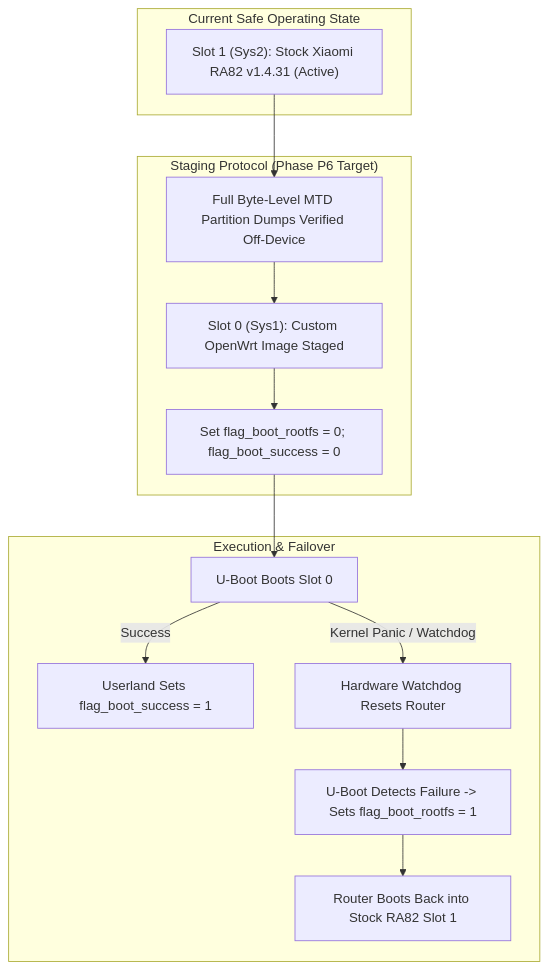
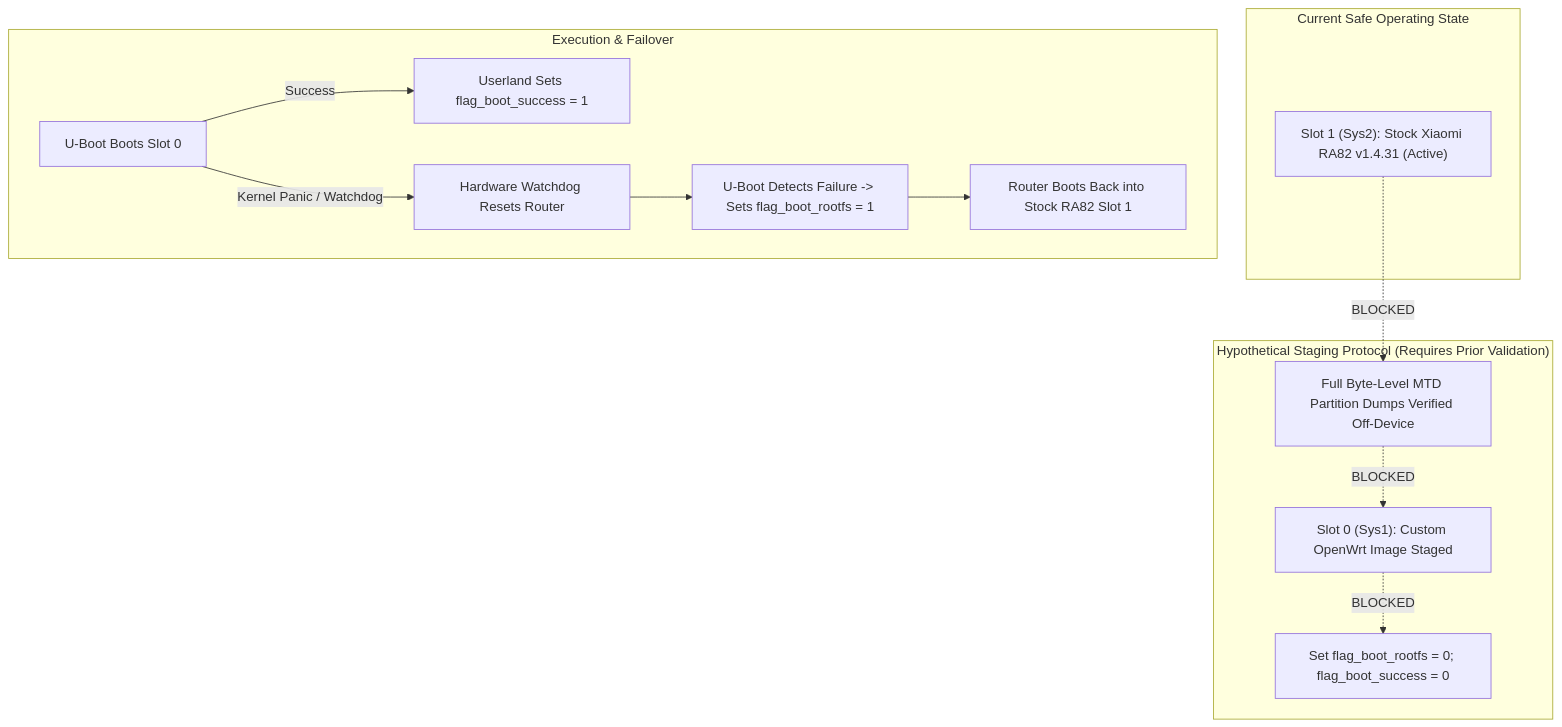
Before and after one commit to KiritoMainBro88/CR8808-CUSTOM-FIRMWARE: the second of 2 diagrams in docs/RECOVERY_AND_ROLLBACK_DESIGN.md, drawn with Mermaid. The commit also changed other lines of this file and 8 other files, not shown here.

````diff
--- a/docs/RECOVERY_AND_ROLLBACK_DESIGN.md
+++ b/docs/RECOVERY_AND_ROLLBACK_DESIGN.md
@@ -88,22 +90,22 @@
 ```mermaid
 flowchart TD
     subgraph "Current Safe Operating State"
         S1["Slot 1 (Sys2): Stock Xiaomi RA82 v1.4.31 (Active)"]
     end
 
-    subgraph "Staging Protocol (Phase P6 Target)"
+    subgraph "Hypothetical Staging Protocol (Requires Prior Validation)"
         BACKUP["Full Byte-Level MTD Partition Dumps Verified Off-Device"]
         S0["Slot 0 (Sys1): Custom OpenWrt Image Staged"]
         FLAG["Set flag_boot_rootfs = 0; flag_boot_success = 0"]
     end
 
     subgraph "Execution & Failover"
         BOOT["U-Boot Boots Slot 0"]
         BOOT -->|Success| CONFIRM["Userland Sets flag_boot_success = 1"]
         BOOT -->|Kernel Panic / Watchdog| WATCHDOG["Hardware Watchdog Resets Router"]
         WATCHDOG --> FAIL["U-Boot Detects Failure -> Sets flag_boot_rootfs = 1"]
         FAIL --> S1_RECOVER["Router Boots Back into Stock RA82 Slot 1"]
     end
 
-    S1 --> BACKUP --> S0 --> FLAG --> BOOT
+    S1 -. "BLOCKED" .-> BACKUP -. "BLOCKED" .-> S0 -. "BLOCKED" .-> FLAG
 ```
````
